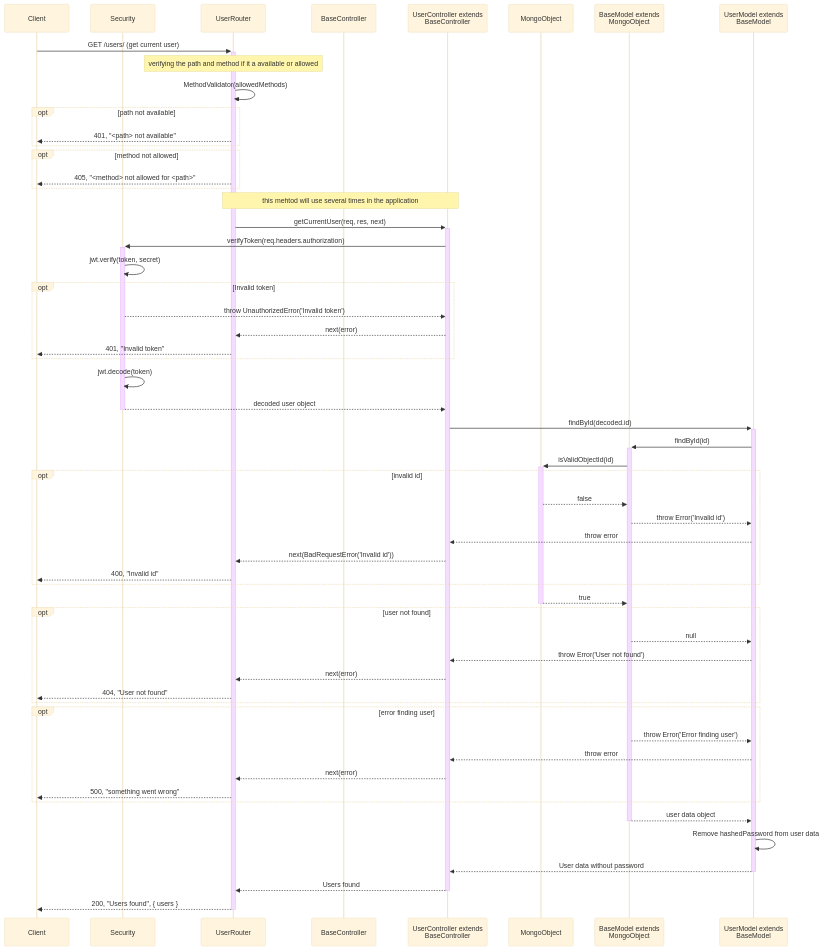
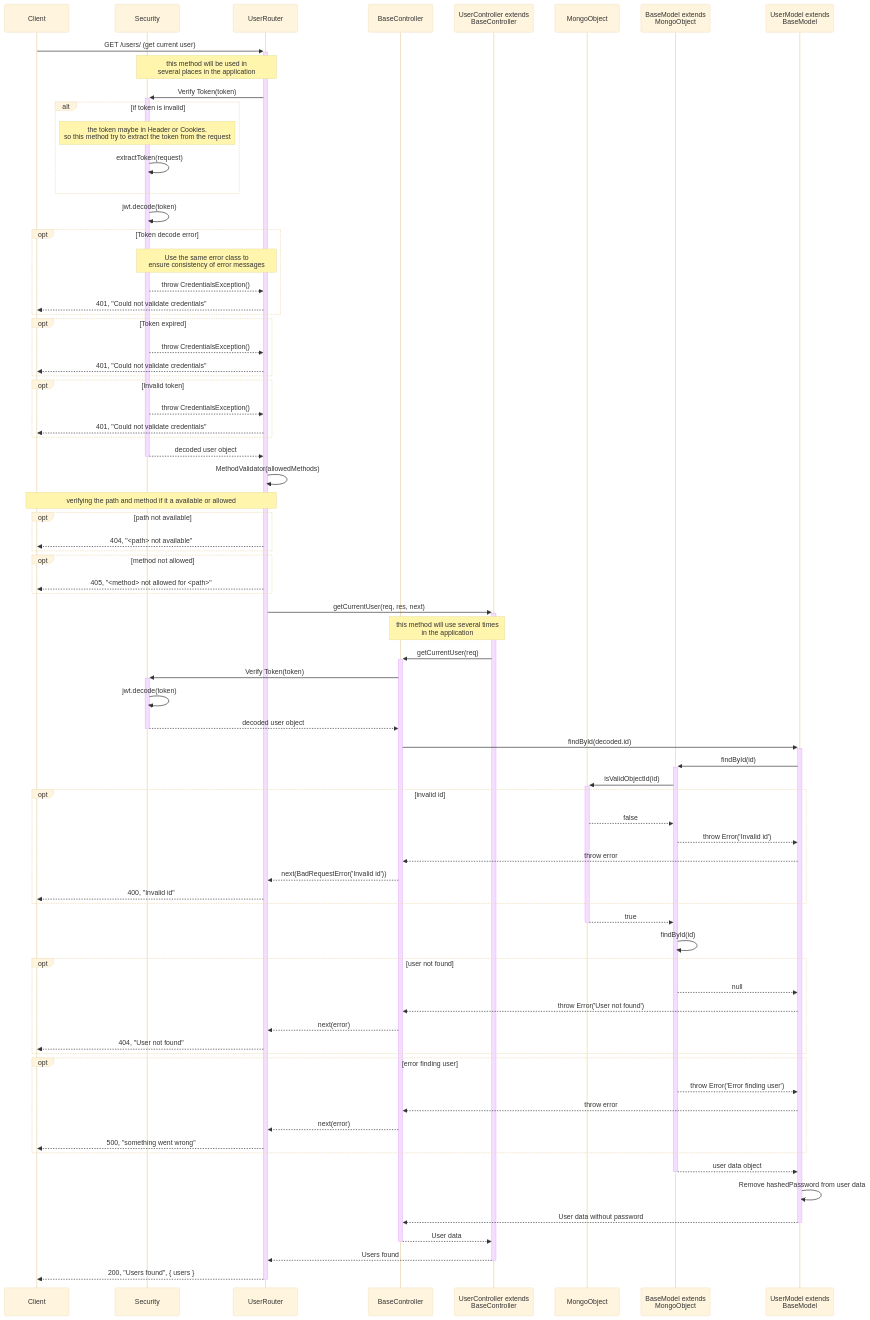
One commit to SawatKia/WealthTracking changed the diagram in design/newClassesDesign/UserManagement/read.mmd. Above: the diagram before and after it, drawn with Mermaid (base theme). The commit also changed 3 other files, not shown here.

Commit message:
Refactor UserManagement to improve error handling and authorized user via middleware before do anything

```diff
--- a/design/newClassesDesign/UserManagement/read.mmd
+++ b/design/newClassesDesign/UserManagement/read.mmd
@@ -1,59 +1,77 @@
 sequenceDiagram
     participant Client
     participant Sec as Security
     participant UserRouter as UserRouter
     participant BaseCont as BaseController
     participant UserCont as UserController extends<br> BaseController
     participant Mongo as MongoObject
     participant BaseModel as BaseModel extends<br> MongoObject
     participant Model as UserModel extends<br> BaseModel
 
     %% Get User
     Client->>+UserRouter: GET /users/ (get current user)
-    Note over UserRouter : verifying the path and method if it a available or allowed
+    Note over Sec, UserRouter: this method will be used in<br>several places in the application
+    UserRouter->>+Sec: Verify Token(token)
+    alt if token is invalid
+    Note over Sec: the token maybe in Header or Cookies.<br>so this method try to extract the token from the request
+        Sec->>Sec: extractToken(request)
+    end
+    Sec->>Sec: jwt.decode(token)
+    opt Token decode error
+        Note over Sec, UserRouter: Use the same error class to<br> ensure consistency of error messages 
+        Sec-->>UserRouter: throw CredentialsException()
+        UserRouter-->>Client: 401, "Could not validate credentials"
+    end
+    opt Token expired
+        Sec-->>UserRouter: throw CredentialsException()
+        UserRouter-->>Client: 401, "Could not validate credentials"
+    end
+    opt Invalid token
+        Sec-->>UserRouter: throw CredentialsException()
+        UserRouter-->>Client: 401, "Could not validate credentials"
+    end
+    Sec-->>-UserRouter: decoded user object
     UserRouter->>UserRouter: MethodValidator(allowedMethods)
+    Note over Client,UserRouter : verifying the path and method if it a available or allowed
     opt path not available
-        UserRouter-->>Client: 401, "<path> not available"
+        UserRouter-->>Client: 404, "<path> not available"
     end
     opt method not allowed
         UserRouter-->>Client: 405, "<method> not allowed for <path>"
     end
-    Note over UserRouter, UserCont : this mehtod will use several times in the application
     UserRouter->>+UserCont: getCurrentUser(req, res, next)
-    UserCont->>+Sec: verifyToken(req.headers.authorization)
-    Sec->>Sec: jwt.verify(token, secret)
-    opt Invalid token
-        Sec-->>UserCont: throw UnauthorizedError('Invalid token')
-        UserCont-->>UserRouter: next(error)
-        UserRouter-->>Client: 401, "Invalid token"
-    end
+    Note over UserCont, BaseCont: this method will use several times<br> in the application
+    UserCont->>+BaseCont: getCurrentUser(req)
+    BaseCont->>+Sec: Verify Token(token)
     Sec->>Sec: jwt.decode(token)
-    Sec-->>-UserCont: decoded user object
-    UserCont->>+Model: findById(decoded.id)
+    Sec-->>-BaseCont: decoded user object
+    BaseCont->>+Model: findById(decoded.id)
     Model->>+BaseModel: findById(id)
     BaseModel->>+Mongo: isValidObjectId(id)
     opt invalid id
         Mongo-->>BaseModel: false
         BaseModel-->>Model: throw Error('Invalid id')
-        Model-->>UserCont: throw error
-        UserCont-->>UserRouter: next(BadRequestError('Invalid id'))
+        Model-->>BaseCont: throw error
+        BaseCont-->>UserRouter: next(BadRequestError('Invalid id'))
         UserRouter-->>Client: 400, "Invalid id"
     end
     Mongo-->>-BaseModel: true
+    BaseModel->>BaseModel: findById(id)
     opt user not found
         BaseModel-->>Model: null
-        Model-->>UserCont: throw Error('User not found')
-        UserCont-->>UserRouter: next(error)
+        Model-->>BaseCont: throw Error('User not found')
+        BaseCont-->>UserRouter: next(error)
         UserRouter-->>Client: 404, "User not found"
     end
     opt error finding user
         BaseModel-->>Model: throw Error('Error finding user')
-        Model-->>UserCont: throw error
-        UserCont-->>UserRouter: next(error)
+        Model-->>BaseCont: throw error
+        BaseCont-->>UserRouter: next(error)
         UserRouter-->>Client: 500, "something went wrong"
     end
     BaseModel-->>-Model: user data object
     Model->>Model: Remove hashedPassword from user data
-    Model-->>-UserCont: User data without password
+    Model-->>-BaseCont: User data without password
+    BaseCont-->>-UserCont: User data
     UserCont-->>-UserRouter: Users found
     UserRouter-->>-Client: 200, "Users found", { users }
```
